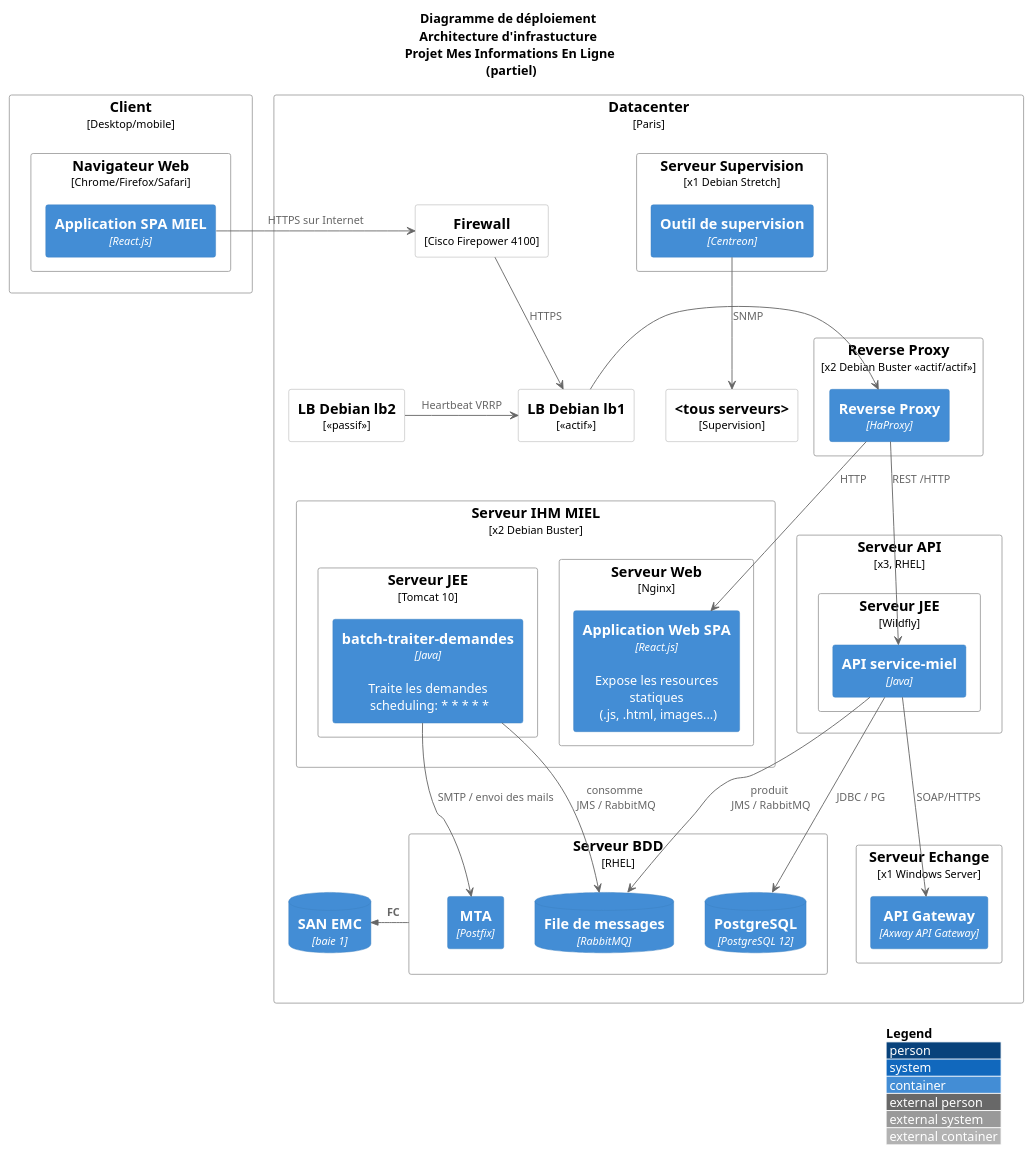
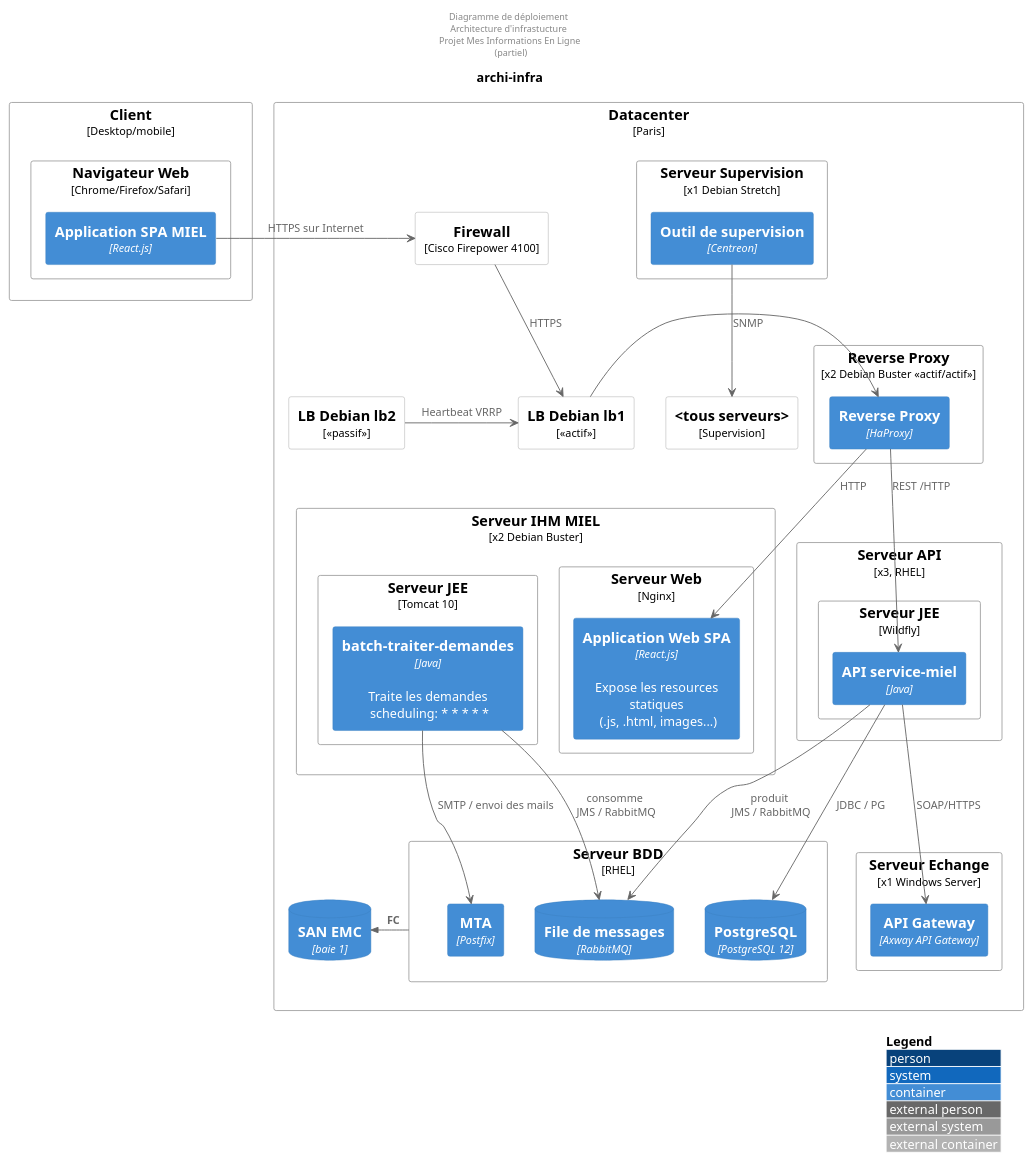
The diagram in diagrams/archi-infra.puml (bflorat/modele-da), drawn with PlantUML before and after one commit. The commit also changed 11 other files, not shown here.

Commit message:
fix: correction schemas manquants

```diff
--- a/diagrams/archi-infra.puml
+++ b/diagrams/archi-infra.puml
@@ -1,69 +1,70 @@
 @startuml
-!includeurl https://raw.githubusercontent.com/kirchsth/C4-PlantUML/master/C4_Deployment.puml
-title Diagramme de déploiement \nArchitecture d'infrastucture \n Projet Mes Informations En Ligne \n (partiel)
+!include C4/C4_Deployment.puml
+title archi-infra
+header Diagramme de déploiement \nArchitecture d'infrastucture \n Projet Mes Informations En Ligne \n (partiel)
 LAYOUT_WITH_LEGEND()
 
 Node("client","Client","Desktop/mobile"){
   Node("nav1","Navigateur Web","Chrome/Firefox/Safari"){
     Container("spa","Application SPA MIEL","React.js")
   }
 }
 
 Node("dc","Datacenter","Paris"){
     Node("r2","Firewall","Cisco Firepower 4100")
     Node("lb1","LB Debian lb1","<<actif>>")
     Node("lb2","LB Debian lb2","<<passif>>")
 
     Node("rp1","Reverse Proxy","x2 Debian Buster <<actif/actif>>"){
       Container("ha1","Reverse Proxy","HaProxy")
     }
 
     Node("serveur_ihm", "Serveur IHM MIEL","x2 Debian Buster") { 
       Node("sw1","Serveur Web","Nginx"){
         Container("ihms1","Application Web SPA","React.js","Expose les resources statiques\n (.js, .html, images...)")
       }
       Node("tomcat_batchs1","Serveur JEE","Tomcat 10"){
         Container("batch1","batch-traiter-demandes","Java","Traite les demandes\n scheduling: * * * * *")
       }
     }
 
     Node("serveur_api","Serveur API","x3, RHEL") { 
       Node("wilfly1","Serveur JEE","Wildfly") {
         Container("api1","API service-miel","Java")        
       }
     }
 
     Node("bdd1", "Serveur BDD","RHEL")  { 
       ContainerDb("pg1","PostgreSQL","PostgreSQL 12")
       ContainerDb("mq1", "File de messages", "RabbitMQ")
       Container("mail1","MTA","Postfix")
     }
 
     Node("serveur_sup1", "Serveur Supervision","x1 Debian Stretch") {
       Container("sup1","Outil de supervision","Centreon")      
     }
 
     Node("ech1","Serveur Echange","x1 Windows Server") {
       Container("gw1","API Gateway","Axway API Gateway")    
     }
 
     ContainerDb("baie1","SAN EMC","baie 1")
     Node("tous_serveurs","<tous serveurs>","Supervision")
 }
 
 spa -> r2 : HTTPS sur Internet
 r2 --> lb1 : HTTPS
 lb2 -> lb1 : Heartbeat VRRP
 lb1 -> ha1
 ha1 --> ihms1 : HTTP
 api1 --> mq1 : produit\n JMS / RabbitMQ
 batch1 -->  mq1 : consomme\n JMS / RabbitMQ
 api1 -->  pg1 : JDBC / PG
 batch1 -->  mail1 : SMTP / envoi des mails
 api1 -->  gw1 : SOAP/HTTPS
 ha1 --> api1 : REST /HTTP
 sup1 --> tous_serveurs : SNMP
 
 Rel_Left("bdd1","baie1","FC")
 
 @enduml
```
